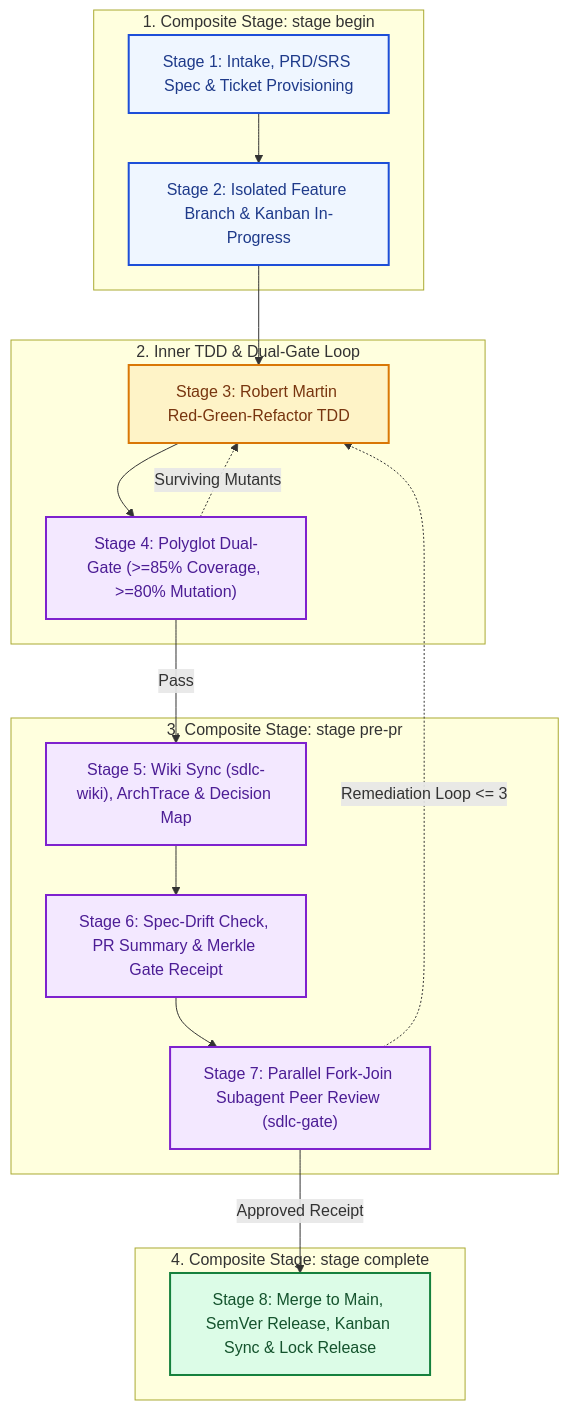
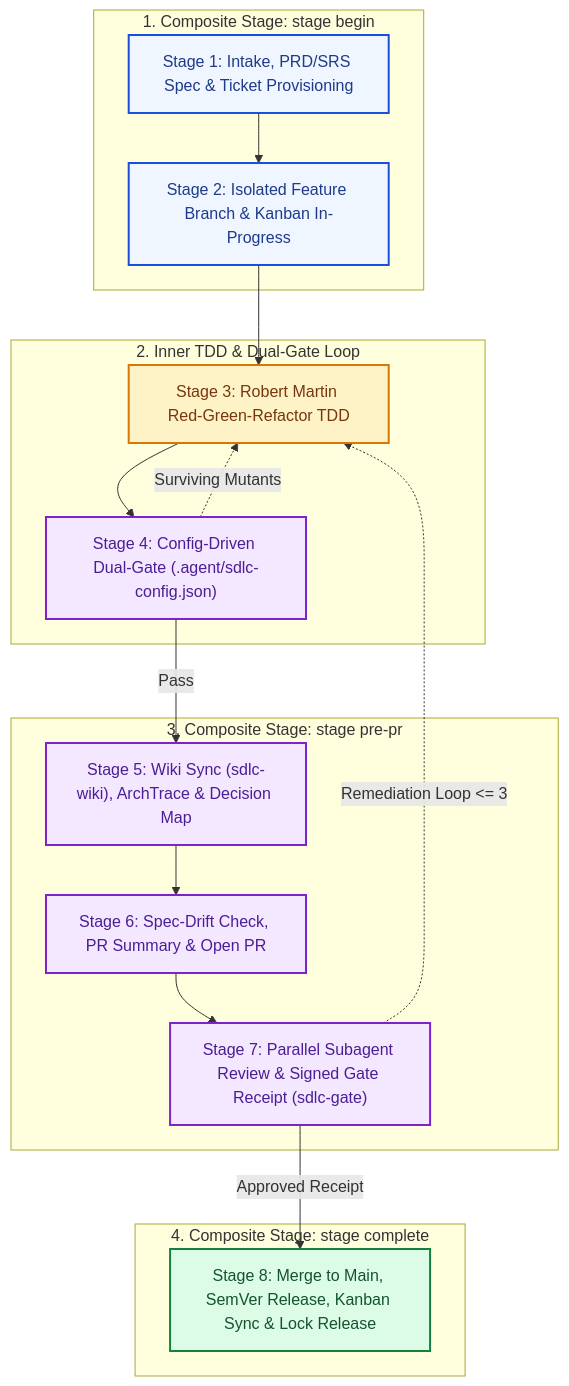
The diagram in wiki/Home.md (fmatar/sealit), drawn with Mermaid before and after one commit. The commit also changed other lines of this file and 35 other files, not shown here.

````diff
--- a/wiki/Home.md
+++ b/wiki/Home.md
@@ -35,36 +35,36 @@
 ```mermaid
 flowchart TD
     classDef intake fill:#eff6ff,stroke:#1d4ed8,stroke-width:2px,color:#1e3a8a
     classDef build fill:#fef3c7,stroke:#d97706,stroke-width:2px,color:#78350f
     classDef verify fill:#f3e8ff,stroke:#7e22ce,stroke-width:2px,color:#4c1d95
     classDef ship fill:#dcfce7,stroke:#15803d,stroke-width:2px,color:#14532d
 
     subgraph CompositeBegin ["1. Composite Stage: stage begin"]
       S1["Stage 1: Intake, PRD/SRS Spec & Ticket Provisioning"]:::intake
       S2["Stage 2: Isolated Feature Branch & Kanban In-Progress"]:::intake
       S1 --> S2
     end
 
     subgraph CoreLoop ["2. Inner TDD & Dual-Gate Loop"]
       S3["Stage 3: Robert Martin Red-Green-Refactor TDD"]:::build
-      S4["Stage 4: Polyglot Dual-Gate (>=85% Coverage, >=80% Mutation)"]:::verify
+      S4["Stage 4: Config-Driven Dual-Gate (.agent/sdlc-config.json)"]:::verify
       S3 --> S4
     end
 
     subgraph CompositePrePR ["3. Composite Stage: stage pre-pr"]
       S5["Stage 5: Wiki Sync (sdlc-wiki), ArchTrace & Decision Map"]:::verify
-      S6["Stage 6: Spec-Drift Check, PR Summary & Merkle Gate Receipt"]:::verify
-      S7["Stage 7: Parallel Fork-Join Subagent Peer Review (sdlc-gate)"]:::verify
+      S6["Stage 6: Spec-Drift Check, PR Summary & Open PR"]:::verify
+      S7["Stage 7: Parallel Subagent Review & Signed Gate Receipt (sdlc-gate)"]:::verify
       S5 --> S6 --> S7
     end
 
     subgraph CompositeComplete ["4. Composite Stage: stage complete"]
       S8["Stage 8: Merge to Main, SemVer Release, Kanban Sync & Lock Release"]:::ship
     end
 
     S2 --> S3
     S4 -->|Pass| S5
     S4 -.->|Surviving Mutants| S3
     S7 -->|Approved Receipt| S8
     S7 -.->|Remediation Loop <= 3| S3
 ```
````
